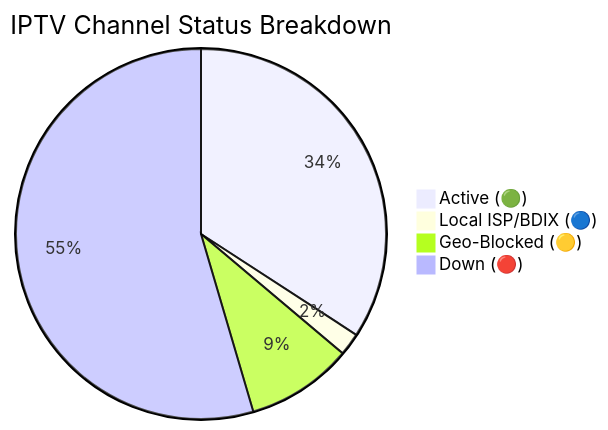
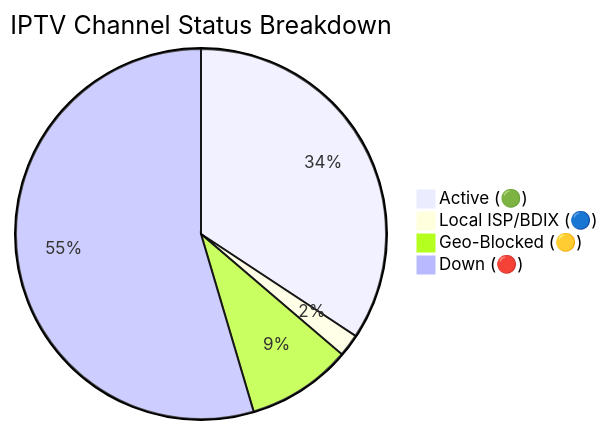
Before and after one commit to andreataylord/Ip-tv-Collection: the diagram in README.md, drawn with Mermaid. The commit also changed other lines of this file and 1 other file, not shown here.

Commit message:
docs(readme): auto-update daily channel status chart

````diff
--- a/README.md
+++ b/README.md
@@ -59,7 +59,7 @@
 ```mermaid
 pie title IPTV Channel Status Breakdown
-    "Active (🟢)" : 2219
+    "Active (🟢)" : 2226
     "Local ISP/BDIX (🔵)" : 128
-    "Geo-Blocked (🟡)" : 604
-    "Down (🔴)" : 3543
+    "Geo-Blocked (🟡)" : 595
+    "Down (🔴)" : 3545
 ```
````
